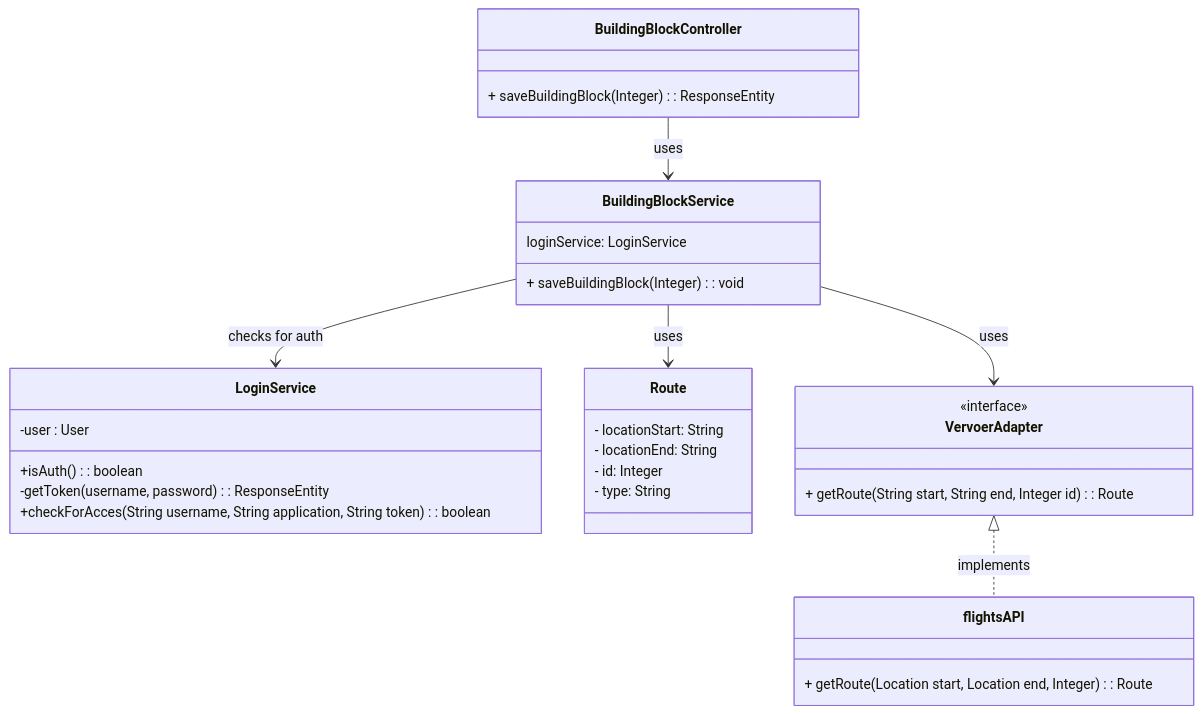
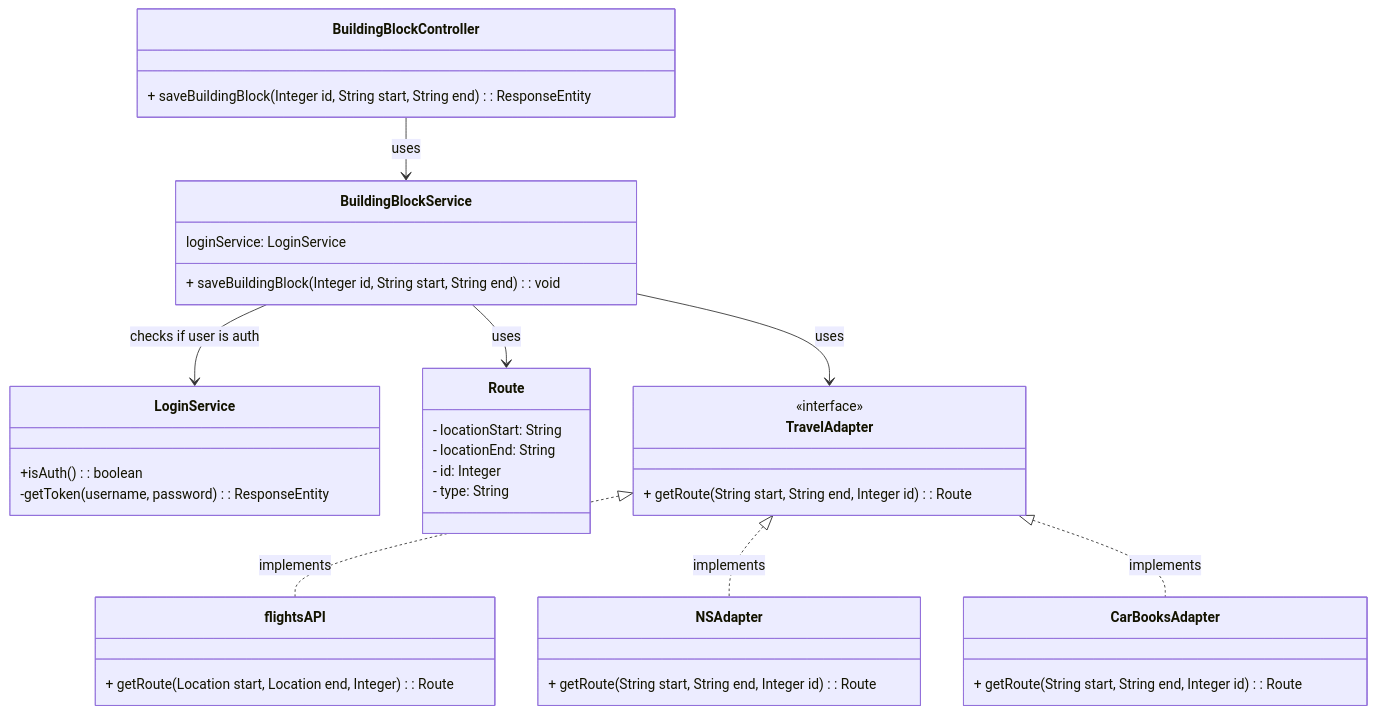
The third of 3 diagrams in software-guidebook/README.md (AIM-ENE-feb25/triptop-inshallahboys), drawn with Mermaid before and after one commit.

Commit message:
update SGB

````diff
--- a/software-guidebook/README.md
+++ b/software-guidebook/README.md
@@ -222,41 +222,49 @@
 ```mermaid
 classDiagram
 
 class BuildingBlockController {
-    + saveBuildingBlock(Integer): ResponseEntity<Integer>
+    + saveBuildingBlock(Integer id, String start, String end): ResponseEntity<Integer, String>
 }
 
 class BuildingBlockService {
     loginService: LoginService
-    + saveBuildingBlock(Integer): void
+    + saveBuildingBlock(Integer id, String start, String end): void
 }
 
 class LoginService{
-    -user : User
     +isAuth() : boolean
     -getToken(username, password) : ResponseEntity<String>
-    +checkForAcces(String username, String application, String token) : boolean
 }
 
 class Route {
     - locationStart: String
     - locationEnd: String
     - id: Integer
     - type: String
 }
 
-class VervoerAdapter {
+class TravelAdapter {
     <<interface>>
     + getRoute(String start, String end, Integer id): Route
 }
 
-class flightsAPI{
+class flightsAPI {
     + getRoute(Location start, Location end, Integer): Route
 }
 
+class NSAdapter {
+    + getRoute(String start, String end, Integer id): Route
+}
+
+class CarBooksAdapter {
+    + getRoute(String start, String end, Integer id): Route
+}
+
 BuildingBlockController --> BuildingBlockService : uses
-BuildingBlockService --> LoginService : checks for auth
-BuildingBlockService --> VervoerAdapter : uses
+BuildingBlockService --> LoginService : checks if user is auth
+BuildingBlockService --> TravelAdapter : uses
 BuildingBlockService --> Route : uses
-VervoerAdapter <|.. flightsAPI : implements
+TravelAdapter <|.. flightsAPI : implements
+TravelAdapter <|.. NSAdapter : implements
+TravelAdapter <|.. CarBooksAdapter : implements
 ```
````
